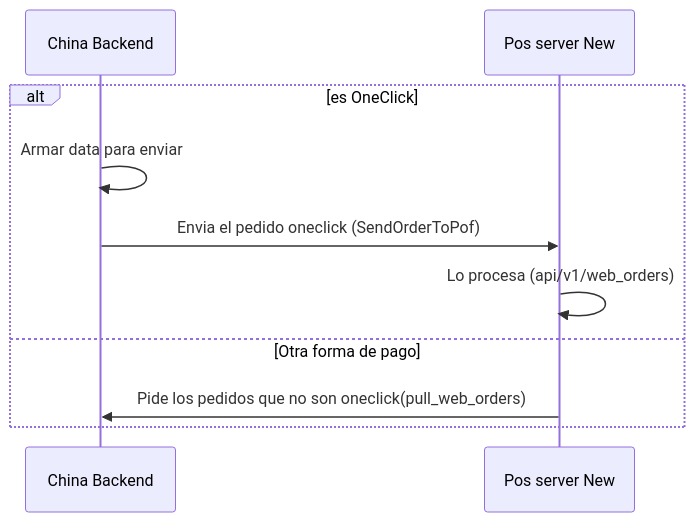
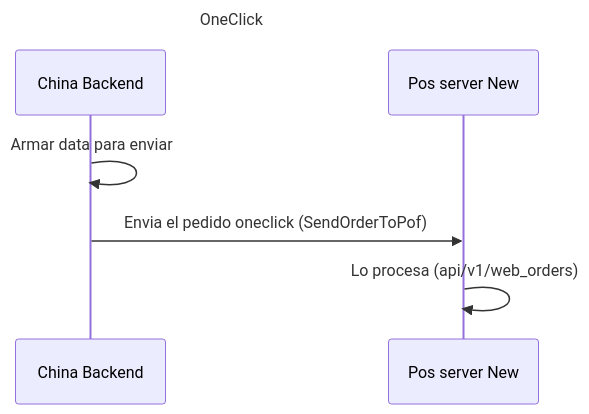
One commit to javix70/personal_obsidian changed the third of 4 diagrams in 100_niufoods/03_projects/china_backend/documentation/orders/diagramns.md. Above: the diagram before and after it, drawn with Mermaid. The commit also changed 2 other files, not shown here.

Commit message:
vault backup: 2023-07-24 10:37:08

````diff
--- a/100_niufoods/03_projects/china_backend/documentation/orders/diagramns.md
+++ b/100_niufoods/03_projects/china_backend/documentation/orders/diagramns.md
@@ -94,14 +94,13 @@
 ```mermaid
+---
+title: OneClick
+---
 
 sequenceDiagram
     participant CB as China Backend
     participant PN as Pos server New
 
-    alt es OneClick
-	    CB->>CB: Armar data para enviar
-        CB->>PN: Envia el pedido oneclick (SendOrderToPof)
-        PN->>PN: Lo procesa (api/v1/web_orders)
-    else Otra forma de pago
-        PN->>CB: Pide los pedidos que no son oneclick(pull_web_orders)
-    end
+	CB->>CB: Armar data para enviar
+	CB->>PN: Envia el pedido oneclick (SendOrderToPof)
+	PN->>PN: Lo procesa (api/v1/web_orders)
 ```
````
